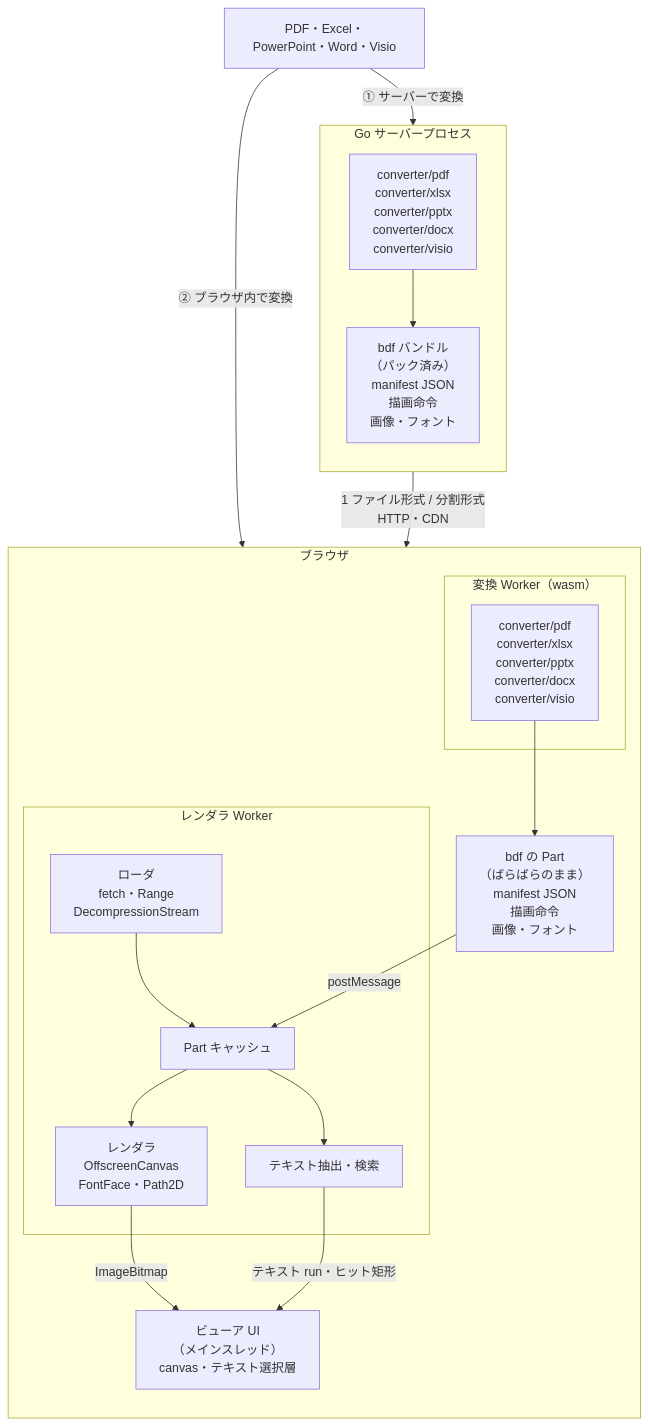
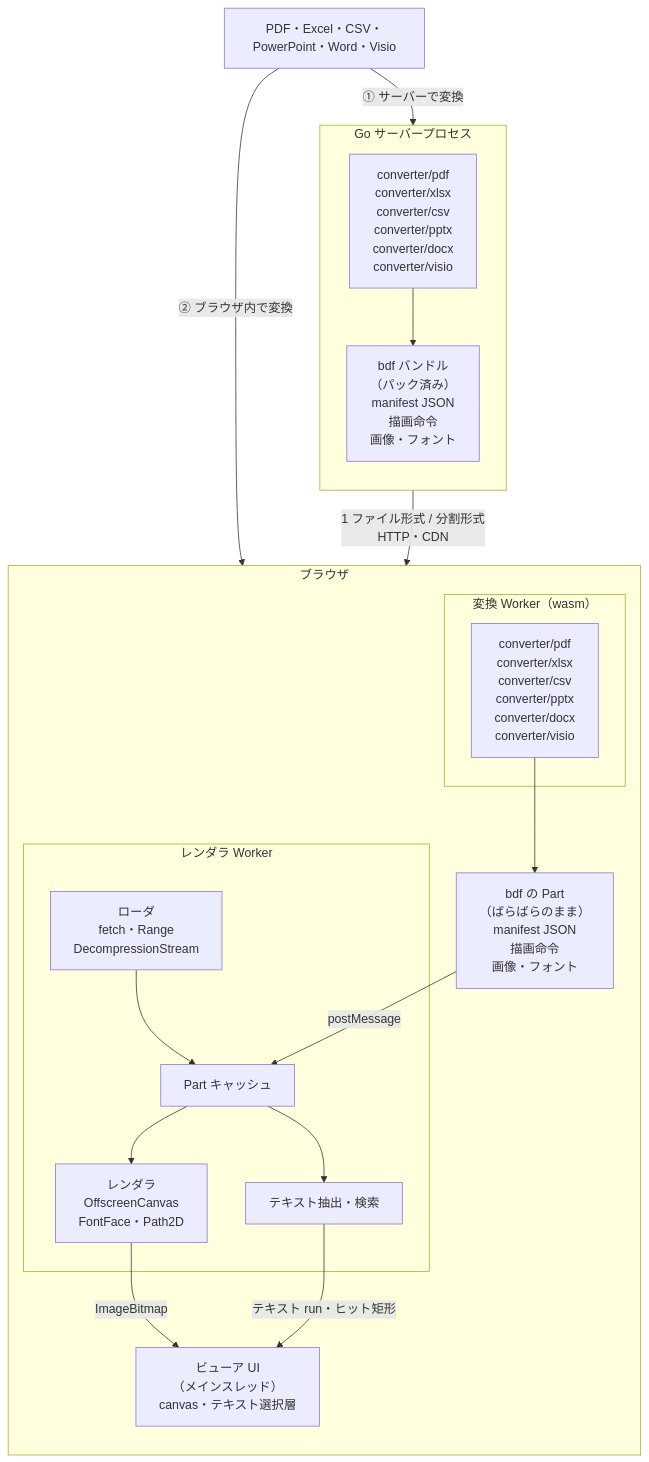
The diagram in README.ja.md (shibukawa/bdf), drawn with Mermaid before and after one commit. The commit also changed other lines of this file and 35 other files, not shown here.

First line of the commit message:
Add CSV/TSV converter to BDF: encoding, dialect and header row detection; drawn by the Excel converter (#13)

````diff
--- a/README.ja.md
+++ b/README.ja.md
@@ -11,37 +11,37 @@
 ```mermaid
 flowchart TB
-    SRC["PDF・Excel・PowerPoint・Word・Visio"]
+    SRC["PDF・Excel・CSV・PowerPoint・Word・Visio"]
 
     subgraph SERVER["Go サーバープロセス"]
         direction TB
-        SCONV["converter/pdf<br/>converter/xlsx<br/>converter/pptx<br/>converter/docx<br/>converter/visio"]
+        SCONV["converter/pdf<br/>converter/xlsx<br/>converter/csv<br/>converter/pptx<br/>converter/docx<br/>converter/visio"]
         BUNDLE["bdf バンドル<br/>（パック済み）<br/>manifest JSON<br/>描画命令<br/>画像・フォント"]
         SCONV --> BUNDLE
     end
 
     subgraph BROWSER["ブラウザ"]
         direction TB
         subgraph CWORKER["変換 Worker（wasm）"]
-            WCONV["converter/pdf<br/>converter/xlsx<br/>converter/pptx<br/>converter/docx<br/>converter/visio"]
+            WCONV["converter/pdf<br/>converter/xlsx<br/>converter/csv<br/>converter/pptx<br/>converter/docx<br/>converter/visio"]
         end
         PARTS["bdf の Part<br/>（ばらばらのまま）<br/>manifest JSON<br/>描画命令<br/>画像・フォント"]
         subgraph RWORKER["レンダラ Worker"]
             LOADER["ローダ<br/>fetch・Range<br/>DecompressionStream"]
             STORE["Part キャッシュ"]
             RENDER["レンダラ<br/>OffscreenCanvas<br/>FontFace・Path2D"]
             TEXT["テキスト抽出・検索"]
             LOADER --> STORE
             STORE --> RENDER
             STORE --> TEXT
         end
         UI["ビューア UI<br/>（メインスレッド）<br/>canvas・テキスト選択層"]
         WCONV --> PARTS
     end
 
     SRC -- "① サーバーで変換" --> SCONV
     SRC -- "② ブラウザ内で変換" --> WCONV
     BUNDLE -- "1 ファイル形式 / 分割形式<br/>HTTP・CDN" --> LOADER
     PARTS -- "postMessage" --> STORE
     RENDER -- "ImageBitmap" --> UI
     TEXT -- "テキスト run・ヒット矩形" --> UI
 ```
````
